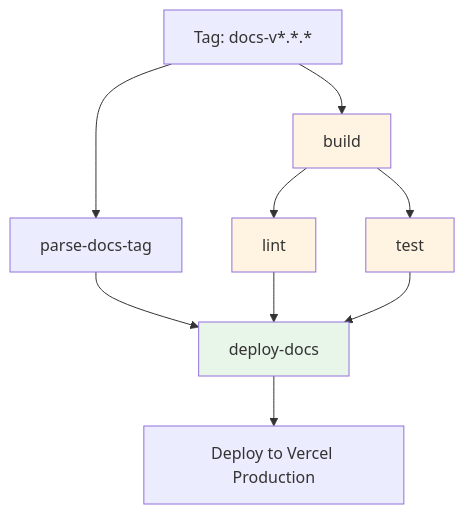
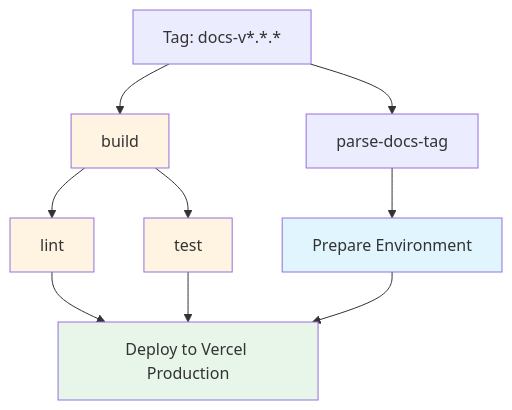
One commit to o2sdev/openselfservice changed the second of 4 diagrams in .github/CI_CD_README.md. Above: the diagram before and after it, drawn with Mermaid. The commit also changed other lines of this file and 4 other files, not shown here.

````diff
--- a/.github/CI_CD_README.md
+++ b/.github/CI_CD_README.md
@@ -32,16 +34,17 @@
 ```mermaid
 graph TD
     A[Tag: docs-v*.*.*] --> B[parse-docs-tag]
     A --> C[build]
     C --> D[lint]
     C --> E[test]
-    B --> F[deploy-docs]
-    D --> F
-    E --> F
-    F --> G[Deploy to Vercel Production]
+    B --> F[Prepare Environment]
+    D --> G[Deploy to Vercel Production]
+    E --> G
+    F --> G
 
     style C fill:#fff4e1
     style D fill:#fff4e1
     style E fill:#fff4e1
-    style F fill:#e8f5e9
+    style F fill:#e1f5ff
+    style G fill:#e8f5e9
 ```
````
